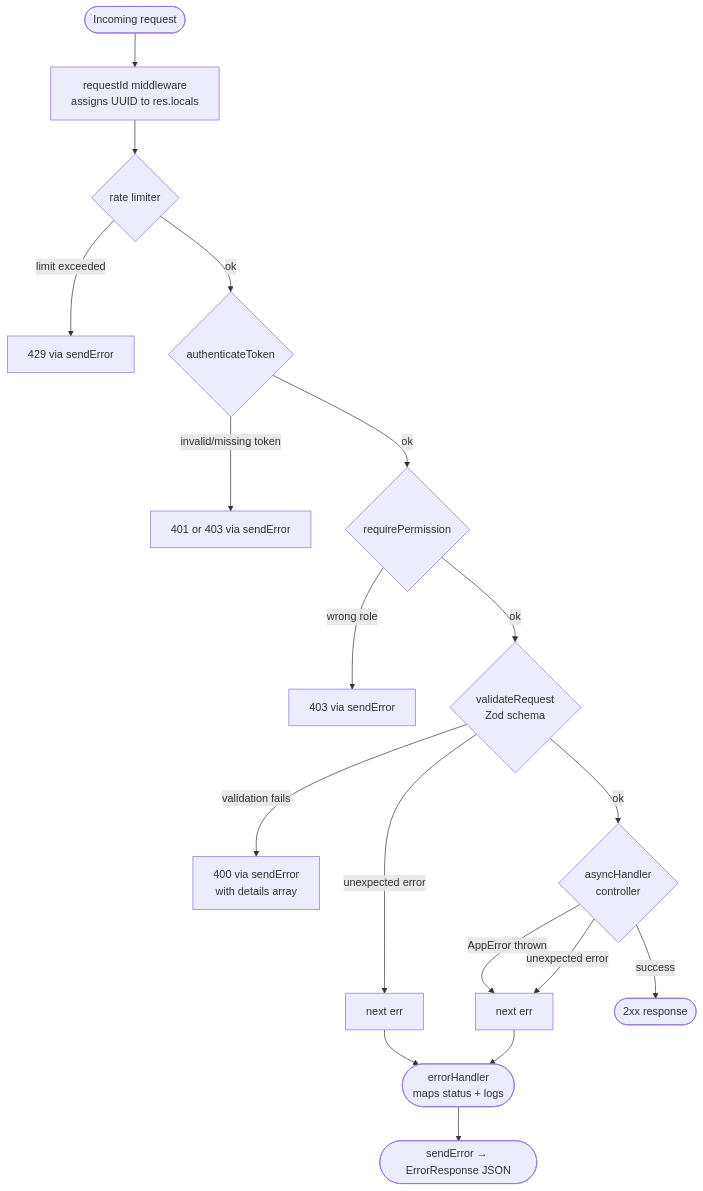
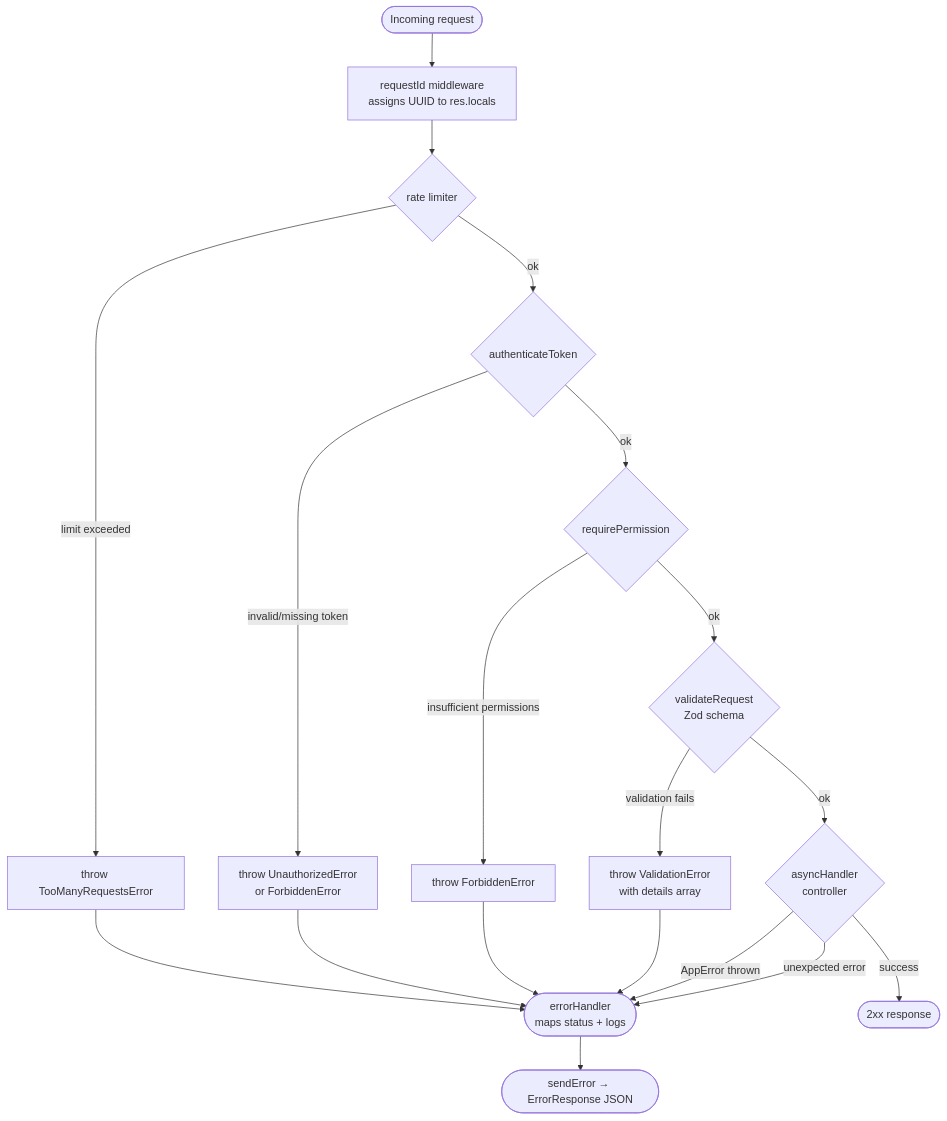
Before and after one commit to shin0bi21/program-management-app: the second of 2 diagrams in backend/docs/errors.md, drawn with Mermaid. The commit also changed other lines of this file and 31 other files, not shown here.

````diff
--- a/backend/docs/errors.md
+++ b/backend/docs/errors.md
@@ -156,20 +166,22 @@
 ```mermaid
 flowchart TD
     REQ([Incoming request]) --> RID[requestId middleware\nassigns UUID to res.locals]
     RID --> RL{rate limiter}
-    RL -->|limit exceeded| R429[429 via sendError]
+    RL -->|limit exceeded| T429[throw TooManyRequestsError]
     RL -->|ok| AT{authenticateToken}
-    AT -->|invalid/missing token| R401[401 or 403 via sendError]
+    AT -->|invalid/missing token| T401[throw UnauthorizedError\nor ForbiddenError]
     AT -->|ok| RP{requirePermission}
-    RP -->|wrong role| R403[403 via sendError]
+    RP -->|insufficient permissions| T403[throw ForbiddenError]
     RP -->|ok| VR{validateRequest\nZod schema}
-    VR -->|validation fails| R400[400 via sendError\nwith details array]
-    VR -->|unexpected error| NE1[next err]
+    VR -->|validation fails| T400[throw ValidationError\nwith details array]
     VR -->|ok| CTL{asyncHandler\ncontroller}
-    CTL -->|AppError thrown| NE2[next err]
-    CTL -->|unexpected error| NE2
+    CTL -->|AppError thrown| EH
+    CTL -->|unexpected error| EH
     CTL -->|success| RES200([2xx response])
-    NE1 --> EH
-    NE2 --> EH([errorHandler\nmaps status + logs])
+    T429 --> EH
+    T401 --> EH
+    T403 --> EH
+    T400 --> EH
+    EH([errorHandler\nmaps status + logs])
     EH --> RESERR([sendError → ErrorResponse JSON])
 ```
````
